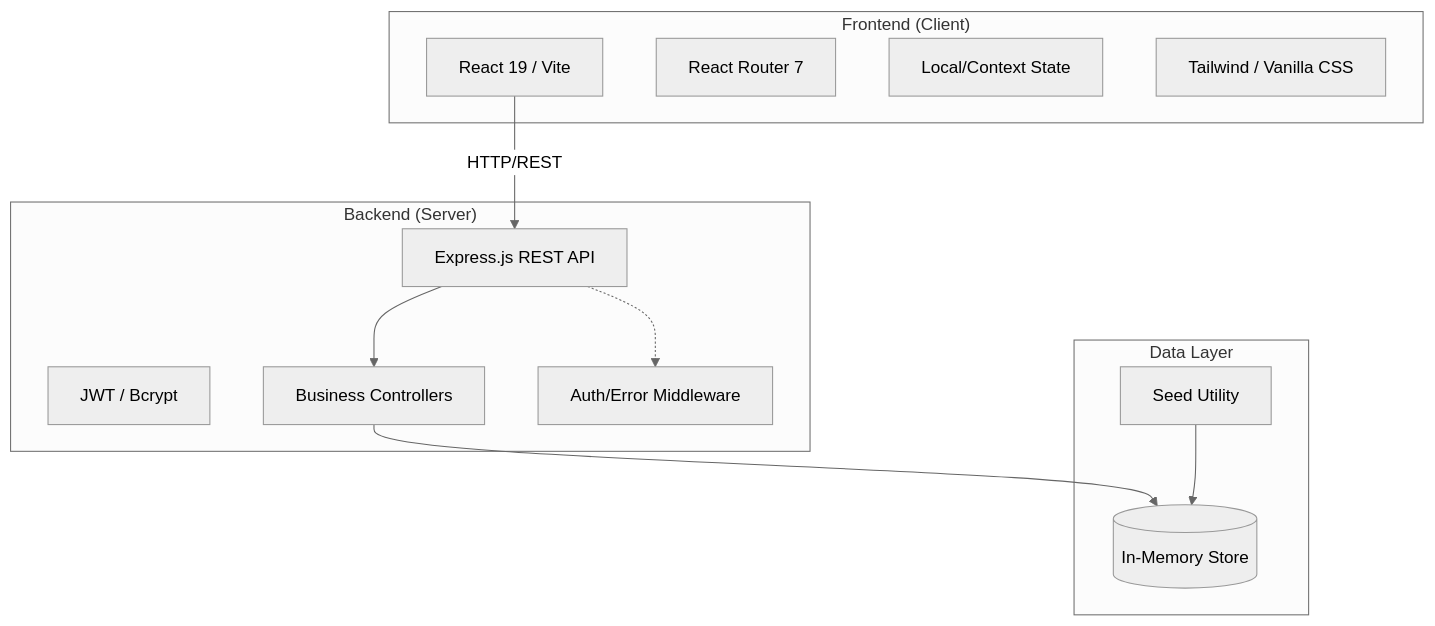
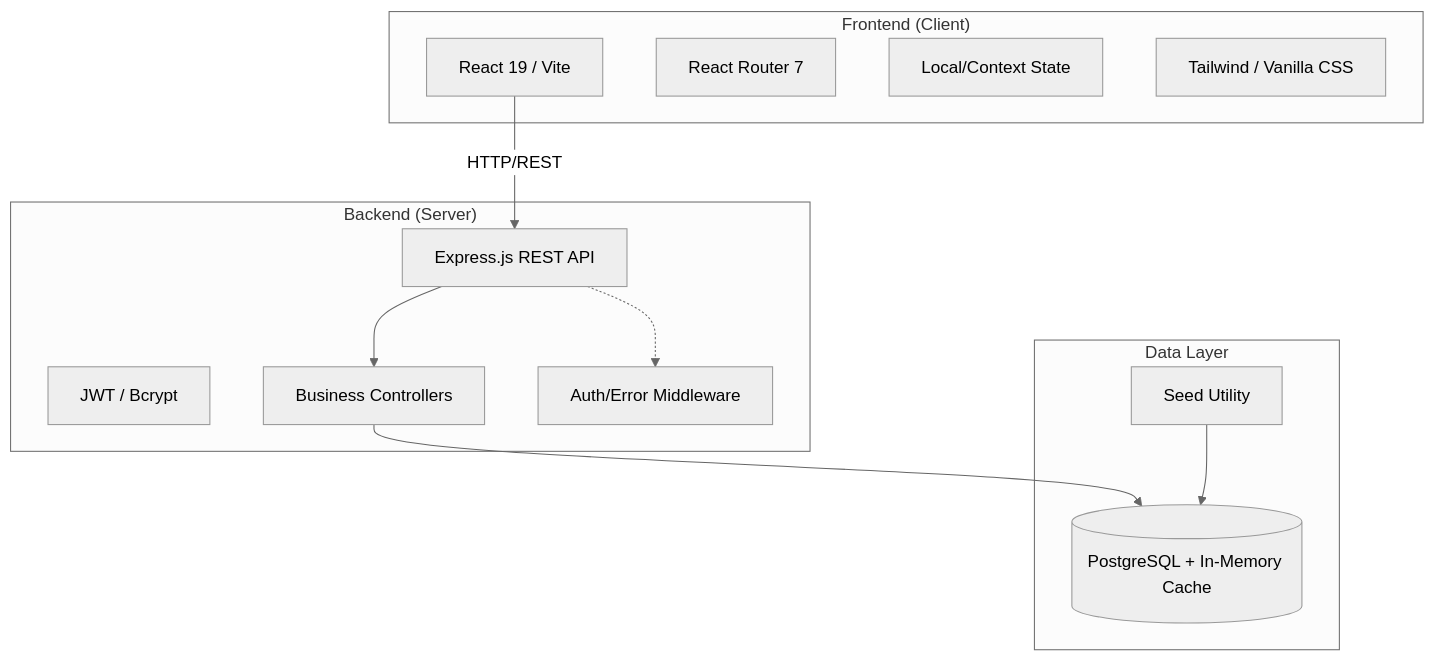
Before and after one commit to omkarsp03/EmPay-Smart-Human-Resource-Management-System: the first of 3 diagrams in README.md, drawn with Mermaid (neutral theme). The commit also changed other lines of this file and 22 other files, not shown here.

Commit message:
feat: complete UI optimization, multi-session attendance, database sync to PostgreSQL and plain-English documentation

````diff
--- a/README.md
+++ b/README.md
@@ -17,27 +17,27 @@
 ```mermaid
 graph TD
     subgraph "Frontend (Client)"
         UI[React 19 / Vite]
         Router[React Router 7]
         State[Local/Context State]
         Assets[Tailwind / Vanilla CSS]
     end
 
     subgraph "Backend (Server)"
         API[Express.js REST API]
         Auth[JWT / Bcrypt]
         Logic[Business Controllers]
         Middleware[Auth/Error Middleware]
     end
 
     subgraph "Data Layer"
-        DB[(In-Memory Store)]
+        DB[(PostgreSQL + In-Memory Cache)]
         Seed[Seed Utility]
     end
 
     UI -->|HTTP/REST| API
     API --> Logic
     Logic --> DB
     API -.-> Middleware
     Seed --> DB
 ```
````
